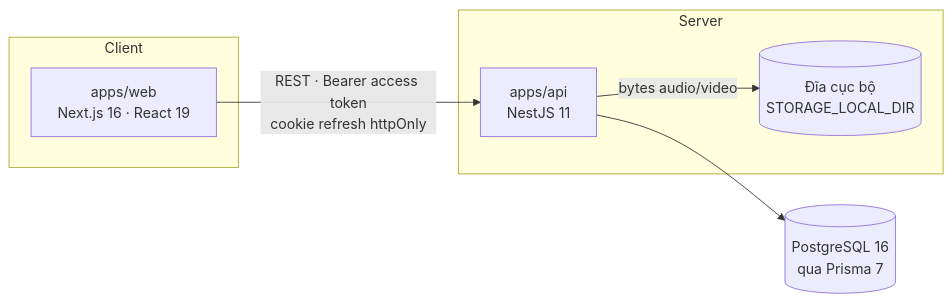
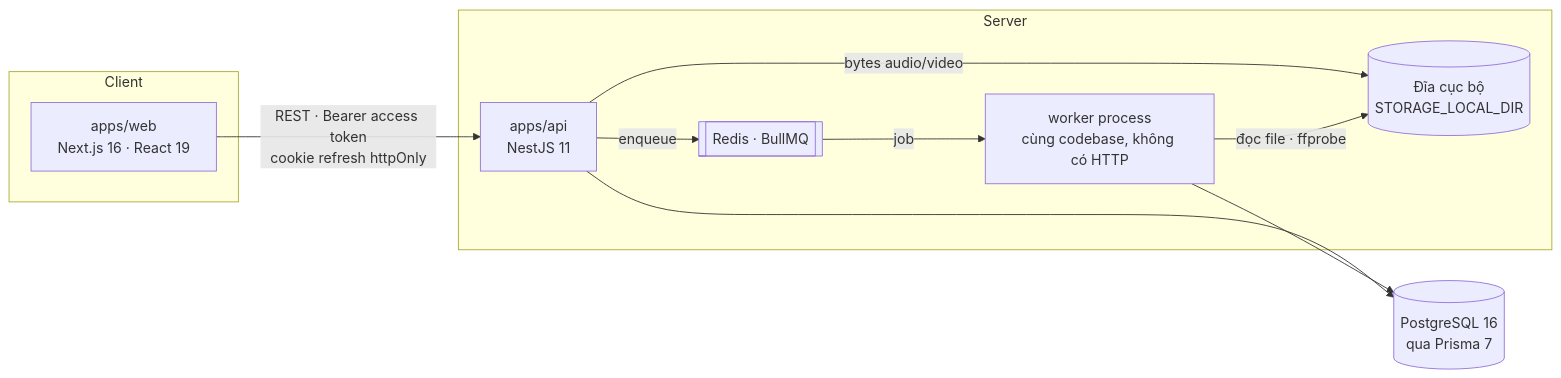
The first of 3 diagrams in docs/architecture/overview.md (PKTam107/ai-meeting-assistant), drawn with Mermaid before and after one commit. The commit also changed other lines of this file and 36 other files, not shown here.

````diff
--- a/docs/architecture/overview.md
+++ b/docs/architecture/overview.md
@@ -11,17 +11,23 @@
 ```mermaid
 flowchart LR
     subgraph Client
         WEB["apps/web<br/>Next.js 16 · React 19"]
     end
 
     subgraph Server
         API["apps/api<br/>NestJS 11"]
+        WORKER["worker process<br/>cùng codebase, không có HTTP"]
         STORE[("Đĩa cục bộ<br/>STORAGE_LOCAL_DIR")]
+        REDIS[["Redis · BullMQ"]]
     end
 
     DB[("PostgreSQL 16<br/>qua Prisma 7")]
 
     WEB -->|"REST · Bearer access token<br/>cookie refresh httpOnly"| API
     API --> DB
     API -->|"bytes audio/video"| STORE
+    API -->|"enqueue"| REDIS
+    REDIS -->|"job"| WORKER
+    WORKER --> DB
+    WORKER -->|"đọc file · ffprobe"| STORE
 ```
````
